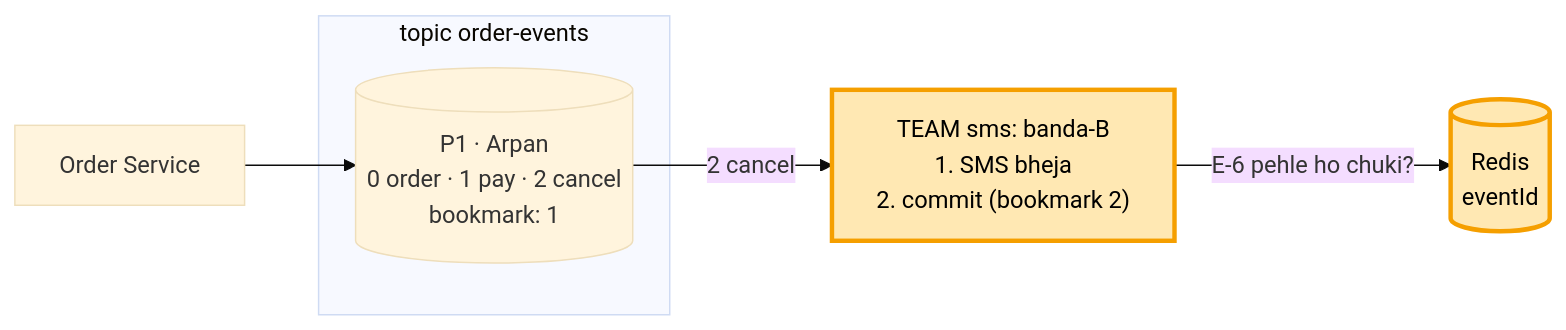
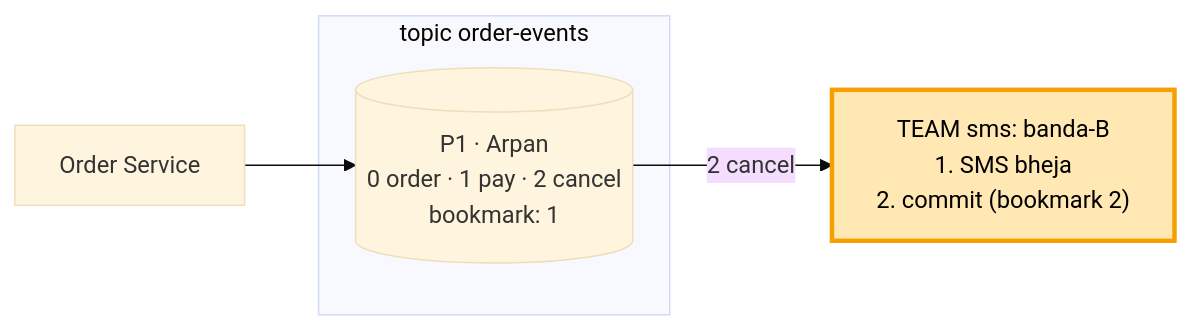
One commit to ArpanMaheshwari144/Prep changed the fourth of 8 diagrams in 04_HLD/SYSTEM_DESIGNS/12_message_queue_kafka/kafka_concepts.md. Above: the diagram before and after it, drawn with Mermaid (base theme).

Commit message:
kafka_concepts commit: Redis diagram se hataya, eventId wala diagram neeche pehle se

````diff
--- a/04_HLD/SYSTEM_DESIGNS/12_message_queue_kafka/kafka_concepts.md
+++ b/04_HLD/SYSTEM_DESIGNS/12_message_queue_kafka/kafka_concepts.md
@@ -108,11 +108,9 @@
 ```mermaid
 flowchart LR
     O["Order Service"] --> P1
     subgraph T["topic order-events"]
         P1[("P1 · Arpan<br/>0 order · 1 pay · 2 cancel<br/>bookmark: 1")]
     end
     P1 -- "2 cancel" --> B["TEAM sms: banda-B<br/>1. SMS bheja<br/>2. commit (bookmark 2)"]
-    B -- "E-6 pehle ho chuki?" --> R[("Redis<br/>eventId")]
     style B fill:#ffe8b3,stroke:#f59f00,stroke-width:3px,color:#000
-    style R fill:#ffe8b3,stroke:#f59f00,stroke-width:3px,color:#000
 ```
````
